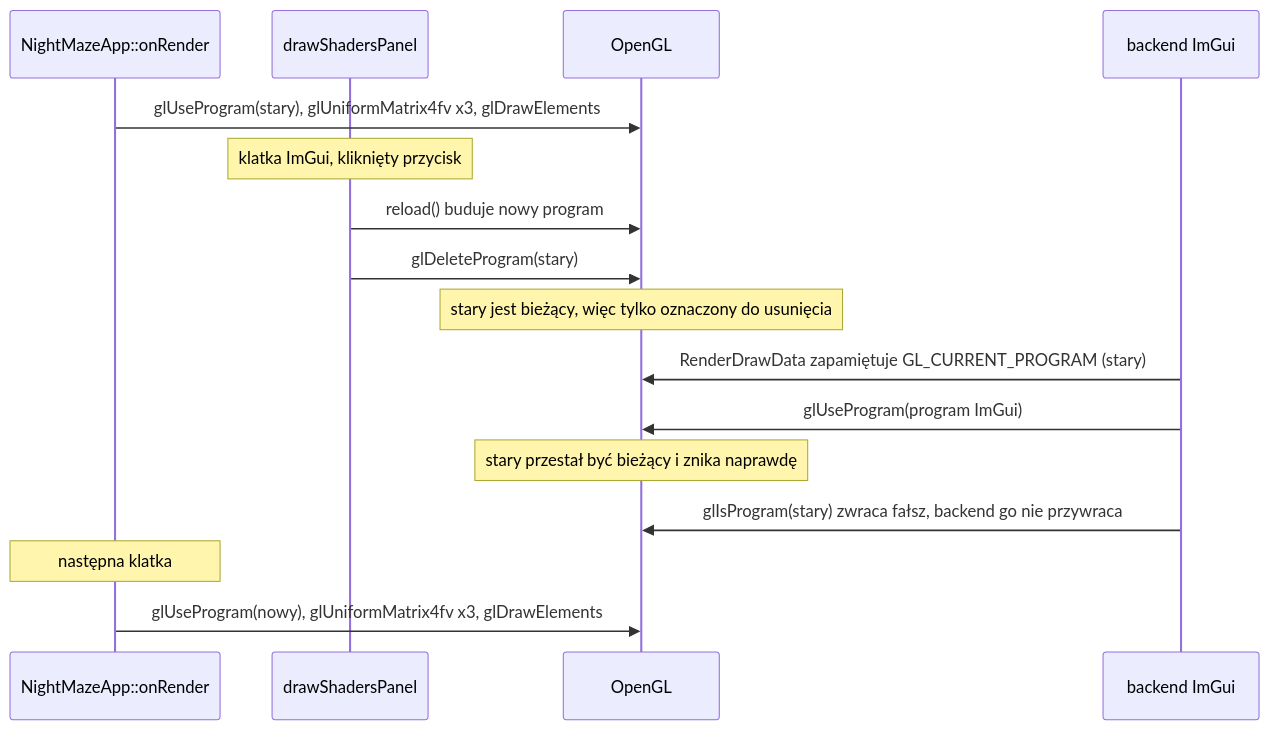
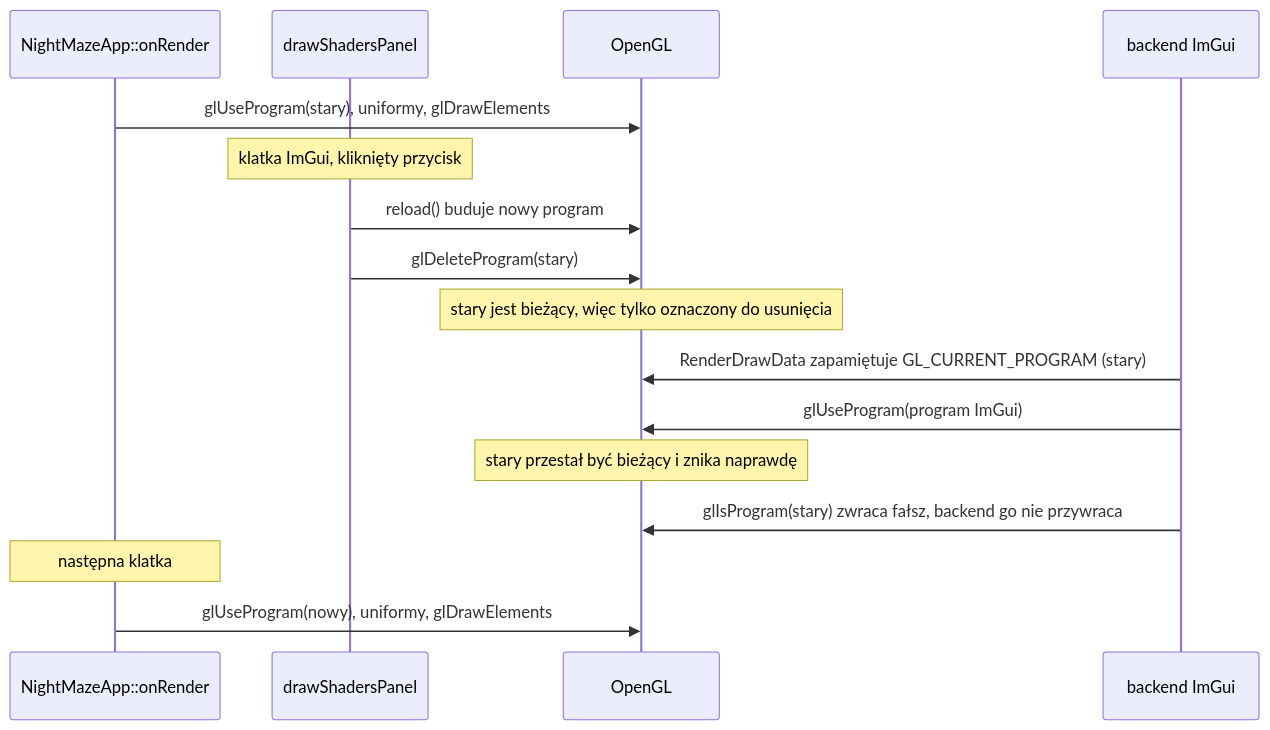
One commit to Shironex/night-maze changed the third of 3 diagrams in docs/modules/gfx/shader-hot-reload.md. Above: the diagram before and after it, drawn with Mermaid. The commit also changed other lines of this file and 41 other files, not shown here.

First line of the commit message:
feat(game): draw the textured maze and walk through it

````diff
--- a/docs/modules/gfx/shader-hot-reload.md
+++ b/docs/modules/gfx/shader-hot-reload.md
@@ -256,18 +345,18 @@
 ```mermaid
 sequenceDiagram
     participant Game as NightMazeApp::onRender
     participant Panel as drawShadersPanel
     participant GL as OpenGL
     participant Backend as backend ImGui
-    Game->>GL: glUseProgram(stary), glUniformMatrix4fv x3, glDrawElements
+    Game->>GL: glUseProgram(stary), uniformy, glDrawElements
     Note over Panel: klatka ImGui, kliknięty przycisk
     Panel->>GL: reload() buduje nowy program
     Panel->>GL: glDeleteProgram(stary)
     Note over GL: stary jest bieżący, więc tylko oznaczony do usunięcia
     Backend->>GL: RenderDrawData zapamiętuje GL_CURRENT_PROGRAM (stary)
     Backend->>GL: glUseProgram(program ImGui)
     Note over GL: stary przestał być bieżący i znika naprawdę
     Backend->>GL: glIsProgram(stary) zwraca fałsz, backend go nie przywraca
     Note over Game: następna klatka
-    Game->>GL: glUseProgram(nowy), glUniformMatrix4fv x3, glDrawElements
+    Game->>GL: glUseProgram(nowy), uniformy, glDrawElements
 ```
````
